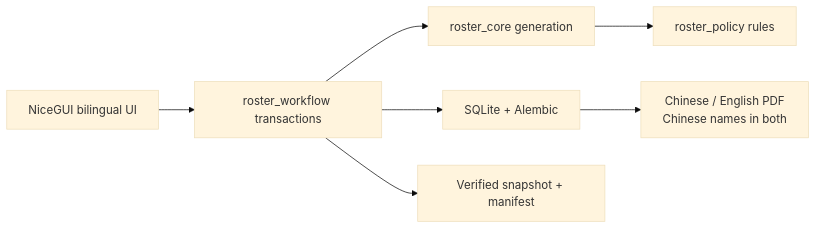
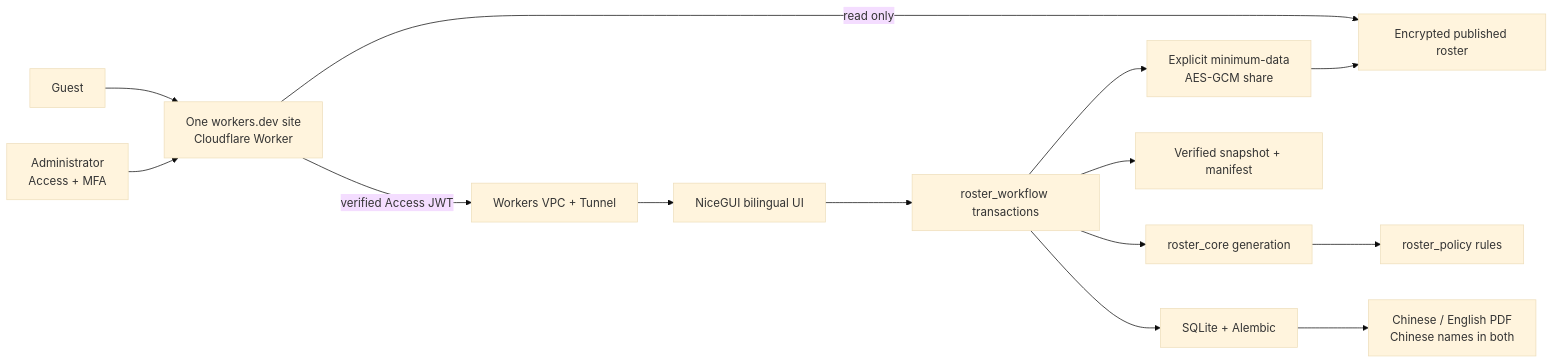
The diagram in README-EN.md (JackyLi10777/Study-Prefect-Duty-Roster-System), drawn with Mermaid (base theme) before and after one commit. The commit also changed other lines of this file and 46 other files, not shown here.

Commit message:
feat: add unified guest and administrator gateway

````diff
--- a/README-EN.md
+++ b/README-EN.md
@@ -108,9 +123,16 @@
 ```mermaid
 flowchart LR
-    UI["NiceGUI bilingual UI"] --> WF["roster_workflow transactions"]
+    GUEST["Guest"] --> EDGE["One workers.dev site\nCloudflare Worker"]
+    ADMIN["Administrator\nAccess + MFA"] --> EDGE
+    EDGE -->|read only| VIEW["Encrypted published roster"]
+    EDGE -->|verified Access JWT| VPC["Workers VPC + Tunnel"]
+    VPC --> UI["NiceGUI bilingual UI"]
+    UI --> WF["roster_workflow transactions"]
     WF --> CORE["roster_core generation"]
     CORE --> POLICY["roster_policy rules"]
     WF --> DB["SQLite + Alembic"]
     WF --> BACKUP["Verified snapshot + manifest"]
     DB --> PDF["Chinese / English PDF\nChinese names in both"]
+    WF --> ENC["Explicit minimum-data\nAES-GCM share"]
+    ENC --> VIEW
 ```
````
